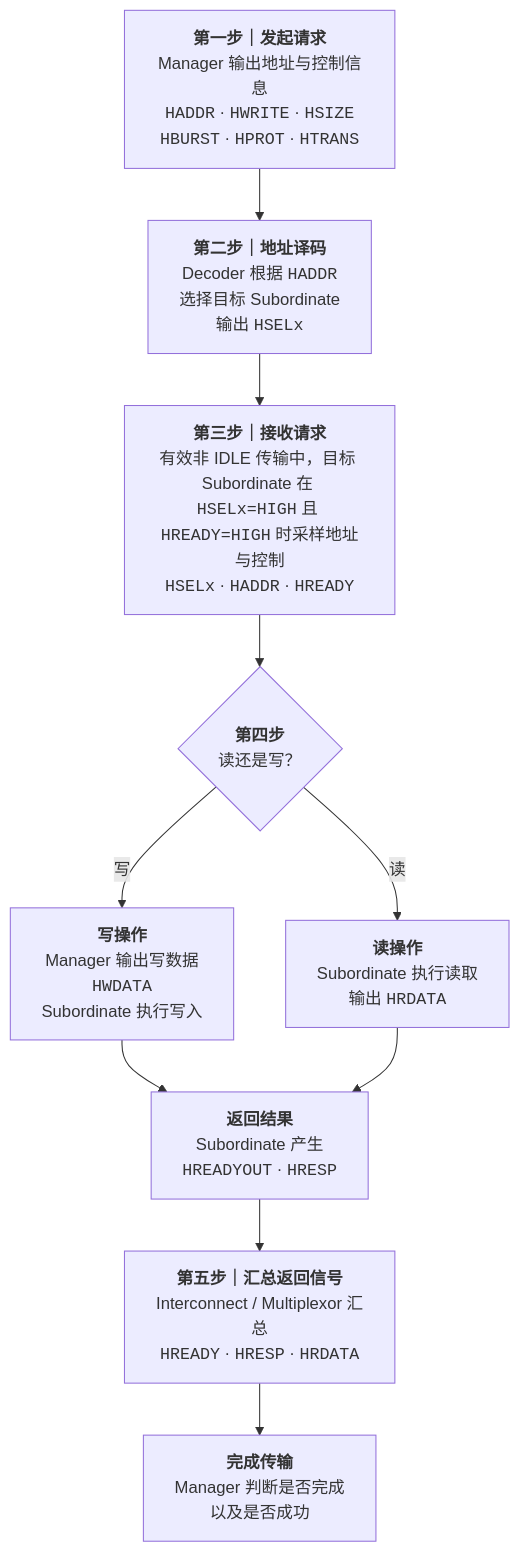
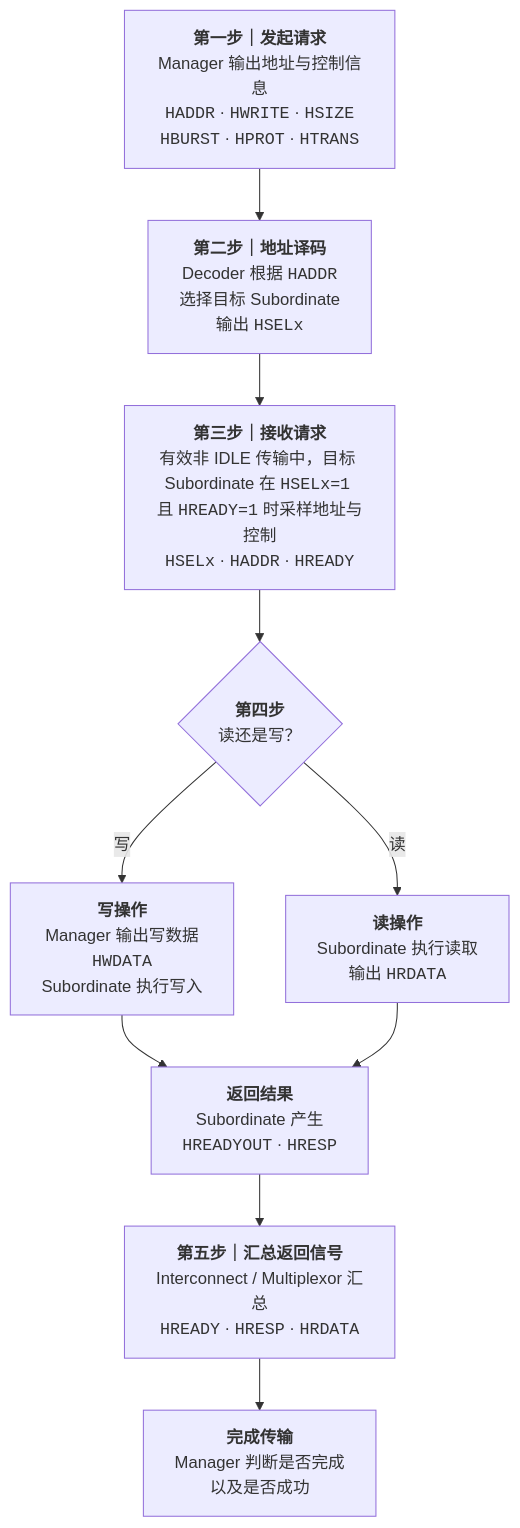
One commit to lja1589767265-coder/AHB changed the second of 2 diagrams in ARM_AMBA_AHB_Protocol_Specification_IHI0033C-第一章介绍.md. Above: the diagram before and after it, drawn with Mermaid. The commit also changed other lines of this file and 16 other files, not shown here.

````diff
--- a/ARM_AMBA_AHB_Protocol_Specification_IHI0033C-第一章介绍.md
+++ b/ARM_AMBA_AHB_Protocol_Specification_IHI0033C-第一章介绍.md
@@ -263,12 +263,12 @@
 ```mermaid
 flowchart TD
     A["<b>第一步｜发起请求</b><br/>Manager 输出地址与控制信息<br/><code>HADDR</code> · <code>HWRITE</code> · <code>HSIZE</code><br/><code>HBURST</code> · <code>HPROT</code> · <code>HTRANS</code>"] --> B["<b>第二步｜地址译码</b><br/>Decoder 根据 <code>HADDR</code><br/>选择目标 Subordinate<br/>输出 <code>HSELx</code>"]
-    B --> C["<b>第三步｜接收请求</b><br/>有效非 IDLE 传输中，目标 Subordinate 在 <code>HSELx=HIGH</code> 且 <code>HREADY=HIGH</code> 时采样地址与控制<br/><code>HSELx</code> · <code>HADDR</code> · <code>HREADY</code>"]
+    B --> C["<b>第三步｜接收请求</b><br/>有效非 IDLE 传输中，目标 Subordinate 在 <code>HSELx=1</code> 且 <code>HREADY=1</code> 时采样地址与控制<br/><code>HSELx</code> · <code>HADDR</code> · <code>HREADY</code>"]
     C --> D{"<b>第四步</b><br/>读还是写？"}
     D -->|"写"| E["<b>写操作</b><br/>Manager 输出写数据<br/><code>HWDATA</code><br/>Subordinate 执行写入"]
     D -->|"读"| F["<b>读操作</b><br/>Subordinate 执行读取<br/>输出 <code>HRDATA</code>"]
     E --> G["<b>返回结果</b><br/>Subordinate 产生<br/><code>HREADYOUT</code> · <code>HRESP</code>"]
     F --> G
     G --> H["<b>第五步｜汇总返回信号</b><br/>Interconnect / Multiplexor 汇总<br/><code>HREADY</code> · <code>HRESP</code> · <code>HRDATA</code>"]
     H --> I["<b>完成传输</b><br/>Manager 判断是否完成<br/>以及是否成功"]
 ```
````
